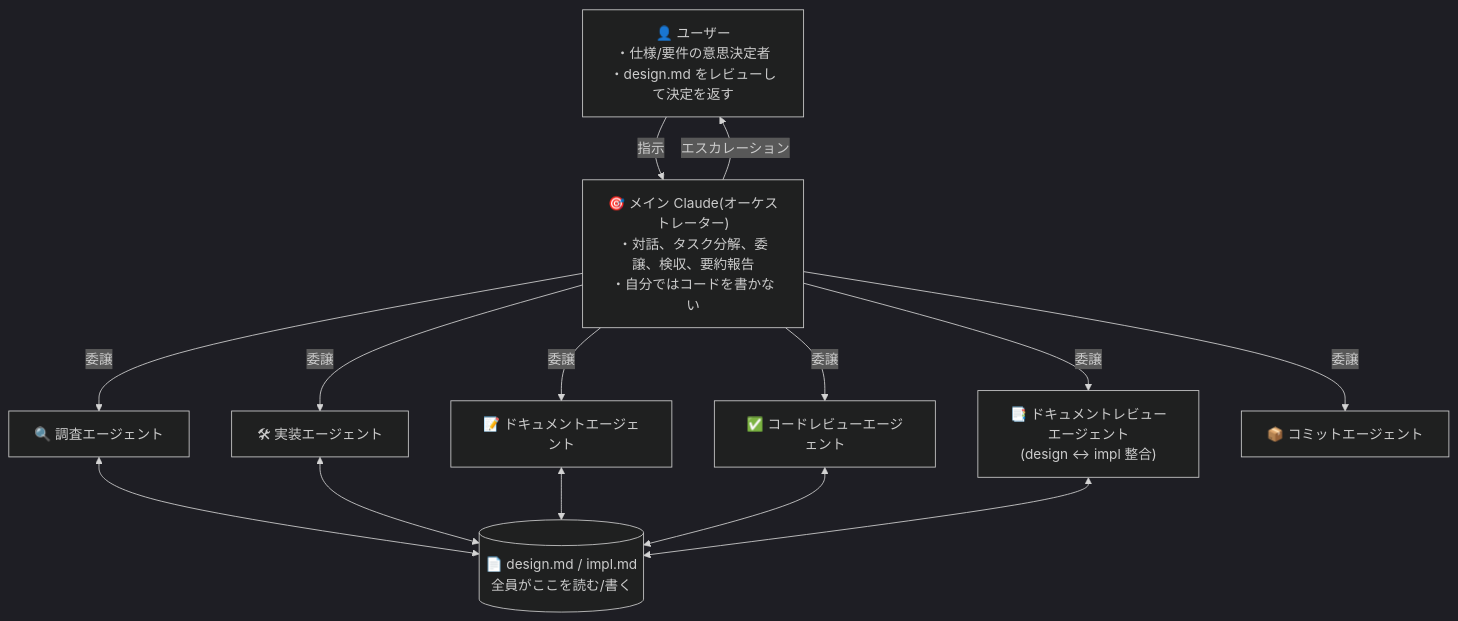
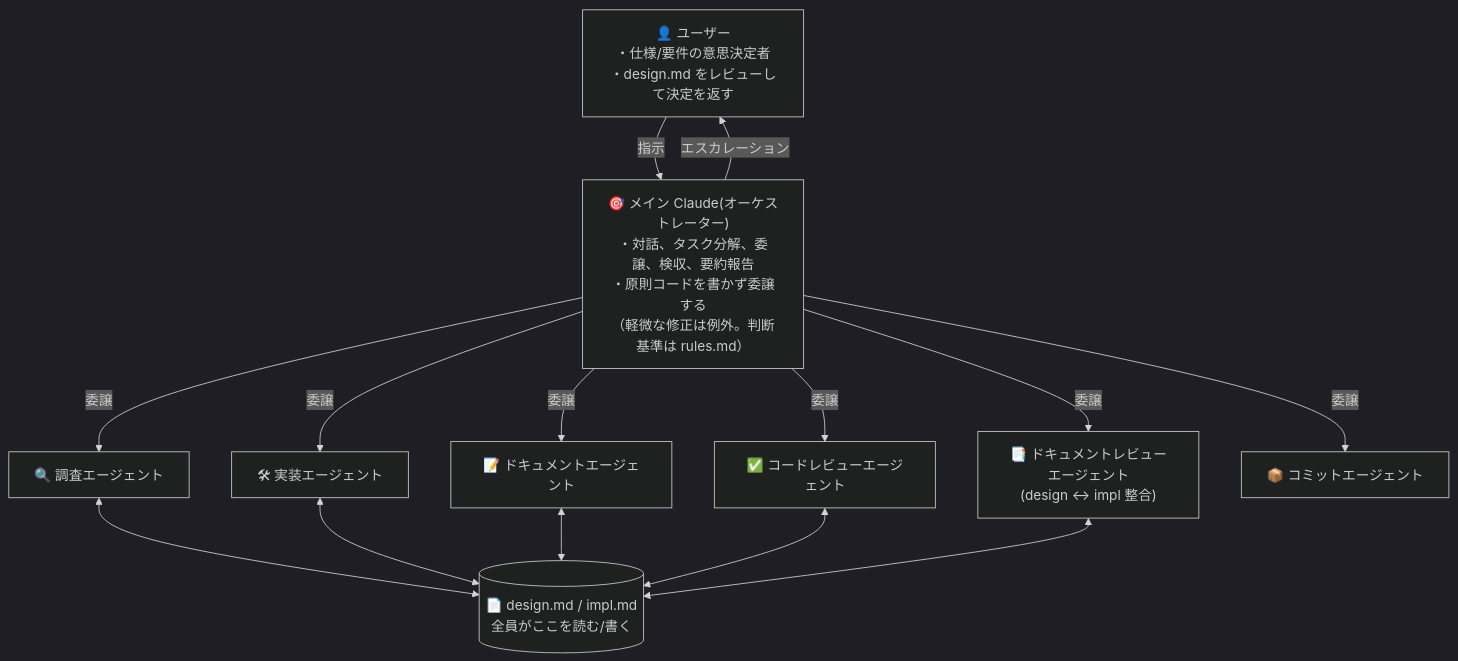
Before and after one commit to ayatsuki-meowmeow/skills: the diagram in USAGE.ja.md, drawn with Mermaid (dark theme). The commit also changed other lines of this file and 3 other files, not shown here.

````diff
--- a/USAGE.ja.md
+++ b/USAGE.ja.md
@@ -18,28 +18,28 @@
 ```mermaid
 flowchart TD
     User["👤 ユーザー<br/>・仕様/要件の意思決定者<br/>・design.md をレビューして決定を返す"]
-    Main["🎯 メイン Claude(オーケストレーター)<br/>・対話、タスク分解、委譲、検収、要約報告<br/>・自分ではコードを書かない"]
+    Main["🎯 メイン Claude(オーケストレーター)<br/>・対話、タスク分解、委譲、検収、要約報告<br/>・原則コードを書かず委譲する<br/>（軽微な修正は例外。判断基準は rules.md）"]
     Investigate["🔍 調査エージェント"]
     Implement["🛠 実装エージェント"]
     Doc["📝 ドキュメントエージェント"]
     CodeReview["✅ コードレビューエージェント"]
     DocReview["📑 ドキュメントレビューエージェント<br/>(design ↔ impl 整合)"]
     Commit["📦 コミットエージェント"]
     Docs[("📄 design.md / impl.md<br/>全員がここを読む/書く")]
 
     User -- "指示" --> Main
     Main -- "エスカレーション" --> User
 
     Main -- "委譲" --> Investigate
     Main -- "委譲" --> Implement
     Main -- "委譲" --> Doc
     Main -- "委譲" --> CodeReview
     Main -- "委譲" --> DocReview
     Main -- "委譲" --> Commit
 
     Investigate <--> Docs
     Implement <--> Docs
     Doc <--> Docs
     CodeReview <--> Docs
     DocReview <--> Docs
 ```
````
